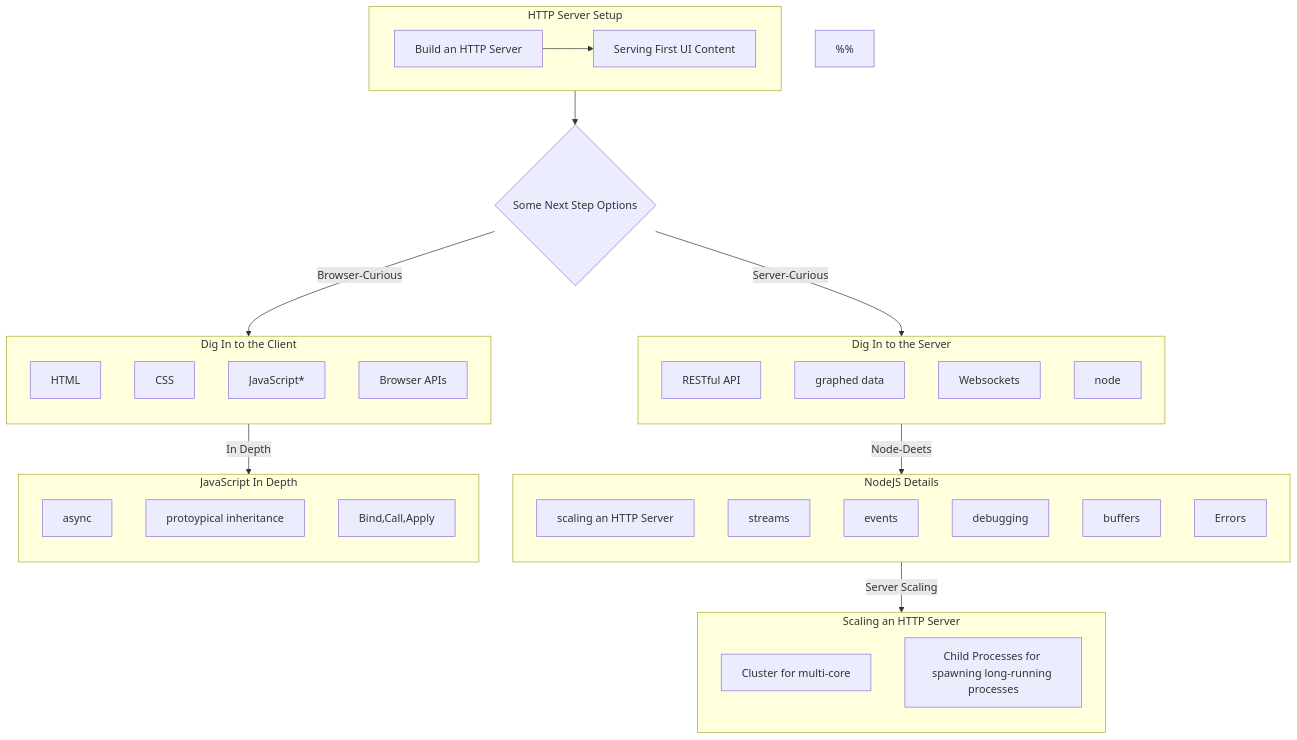
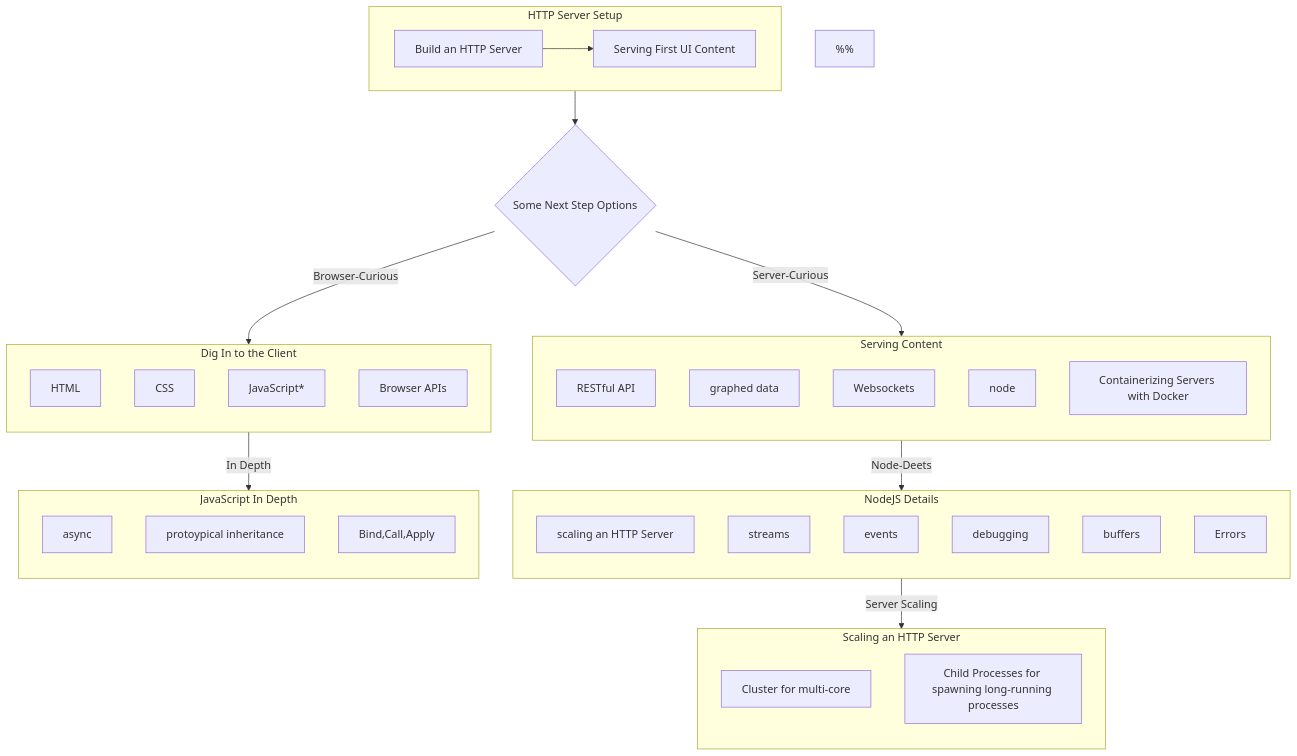
Before and after one commit to imagineLife/big-site: the diagram in src/pages/a-web-first-path.mdx, drawn with Mermaid.

Commit message:
docker...hmm....

```diff
--- a/src/pages/a-web-first-path.mdx
+++ b/src/pages/a-web-first-path.mdx
@@ -39,6 +39,7 @@
   GRAPH-DATA[graphed data];
   WEBSOCKETS[Websockets];
   NODE[node];
+  DOCKER[Containerizing Servers with Docker];
 
 %% nodeJS nodes
   SCALING-NODE[scaling an HTTP Server];
@@ -84,13 +85,15 @@
 %%
 
 %% Server-Curious SubGraph
-  subgraph SERVER_CURIOUS[Dig In to the Server]
+  subgraph SERVER_CURIOUS[Serving Content]
     direction TB;
     REST-API;
     GRAPH-DATA;
     WEBSOCKETS;
     NODE;
+    DOCKER;
   end;
+
 
 %% Client-Curious SubGraph
   subgraph BROWSER_CURIOUS[Dig In to the Client]
```
